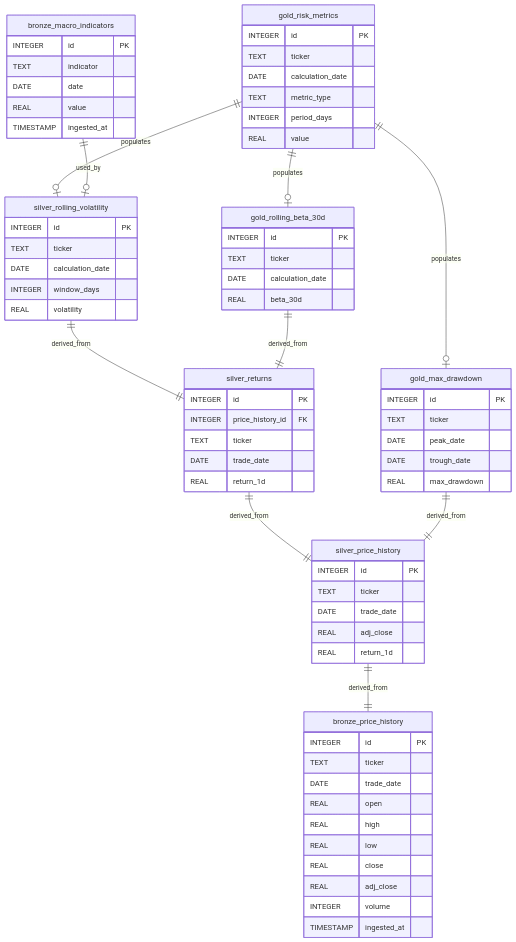
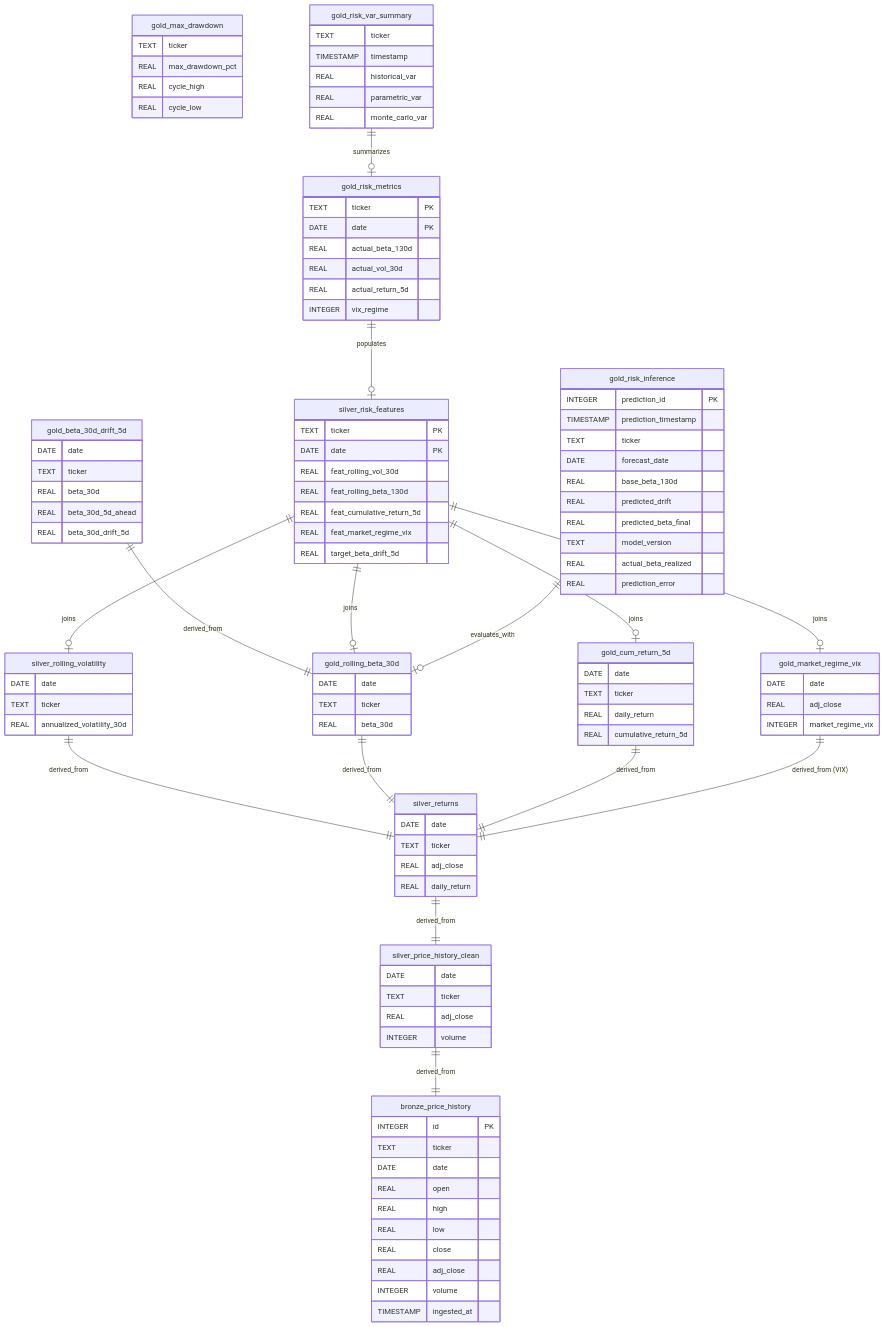
The diagram in README.md (vrrgithub1/stock-risk-engine), drawn with Mermaid before and after one commit. The commit also changed other lines of this file, not shown here.

Commit message:
Adding VaR logic for Phase IV branch

````diff
--- a/README.md
+++ b/README.md
@@ -321,7 +321,7 @@
     bronze_price_history {
         INTEGER id PK
         TEXT ticker
-        DATE trade_date
+        DATE date
         REAL open
         REAL high
         REAL low
@@ -331,69 +331,112 @@
         TIMESTAMP ingested_at
     }
 
-    bronze_macro_indicators {
-        INTEGER id PK
-        TEXT indicator
+    silver_price_history_clean {
         DATE date
-        REAL value
-        TIMESTAMP ingested_at
-    }
-
-    silver_price_history {
-        INTEGER id PK
         TEXT ticker
-        DATE trade_date
         REAL adj_close
-        REAL return_1d
+        INTEGER volume
     }
 
     silver_returns {
-        INTEGER id PK
-        INTEGER price_history_id FK
+        DATE date
         TEXT ticker
-        DATE trade_date
-        REAL return_1d
+        REAL adj_close
+        REAL daily_return
     }
 
     silver_rolling_volatility {
-        INTEGER id PK
+        DATE date
         TEXT ticker
-        DATE calculation_date
-        INTEGER window_days
-        REAL volatility
+        REAL annualized_volatility_30d
     }
 
     gold_rolling_beta_30d {
-        INTEGER id PK
+        DATE date
         TEXT ticker
-        DATE calculation_date
         REAL beta_30d
     }
 
+    gold_beta_30d_drift_5d {
+        DATE date
+        TEXT ticker
+        REAL beta_30d
+        REAL beta_30d_5d_ahead
+        REAL beta_30d_drift_5d
+    }
+
+    gold_cum_return_5d {
+        DATE date
+        TEXT ticker
+        REAL daily_return
+        REAL cumulative_return_5d
+    }
+
+    gold_market_regime_vix {
+        DATE date
+        REAL adj_close
+        INTEGER market_regime_vix
+    }
+
     gold_max_drawdown {
-        INTEGER id PK
         TEXT ticker
-        DATE peak_date
-        DATE trough_date
-        REAL max_drawdown
+        REAL max_drawdown_pct
+        REAL cycle_high
+        REAL cycle_low
+    }
+
+    silver_risk_features {
+        TEXT ticker PK
+        DATE date PK
+        REAL feat_rolling_vol_30d
+        REAL feat_rolling_beta_130d
+        REAL feat_cumulative_return_5d
+        REAL feat_market_regime_vix
+        REAL target_beta_drift_5d
     }
 
     gold_risk_metrics {
-        INTEGER id PK
-        TEXT ticker
-        DATE calculation_date
-        TEXT metric_type
-        INTEGER period_days
-        REAL value
+        TEXT ticker PK
+        DATE date PK
+        REAL actual_beta_130d
+        REAL actual_vol_30d
+        REAL actual_return_5d
+        INTEGER vix_regime
     }
 
-    silver_price_history ||--|| bronze_price_history : "derived_from"
-    silver_returns ||--|| silver_price_history : "derived_from"
+    gold_risk_inference {
+        INTEGER prediction_id PK
+        TIMESTAMP prediction_timestamp
+        TEXT ticker
+        DATE forecast_date
+        REAL base_beta_130d
+        REAL predicted_drift
+        REAL predicted_beta_final
+        TEXT model_version
+        REAL actual_beta_realized
+        REAL prediction_error
+    }
+
+    gold_risk_var_summary {
+        TEXT ticker
+        TIMESTAMP timestamp
+        REAL historical_var
+        REAL parametric_var
+        REAL monte_carlo_var
+    }
+
+    silver_price_history_clean ||--|| bronze_price_history : "derived_from"
+    silver_returns ||--|| silver_price_history_clean : "derived_from"
     silver_rolling_volatility ||--|| silver_returns : "derived_from"
     gold_rolling_beta_30d ||--|| silver_returns : "derived_from"
-    gold_max_drawdown ||--|| silver_price_history : "derived_from"
-    gold_risk_metrics ||--o| gold_rolling_beta_30d : "populates"
-    gold_risk_metrics ||--o| gold_max_drawdown : "populates"
-    gold_risk_metrics ||--o| silver_rolling_volatility : "populates"
-    bronze_macro_indicators ||--o| silver_rolling_volatility : "used_by"
+    gold_beta_30d_drift_5d ||--|| gold_rolling_beta_30d : "derived_from"
+    gold_cum_return_5d ||--|| silver_returns : "derived_from"
+    gold_market_regime_vix ||--|| silver_returns : "derived_from (VIX)"
+    silver_risk_features ||--o| silver_rolling_volatility : "joins"
+    silver_risk_features ||--o| gold_rolling_beta_30d : "joins"
+    silver_risk_features ||--o| gold_cum_return_5d : "joins"
+    silver_risk_features ||--o| gold_market_regime_vix : "joins"
+    gold_risk_metrics ||--o| silver_risk_features : "populates"
+    gold_risk_inference ||--o| gold_rolling_beta_30d : "evaluates_with"
+    gold_risk_var_summary ||--o| gold_risk_metrics : "summarizes"
 ```
````
